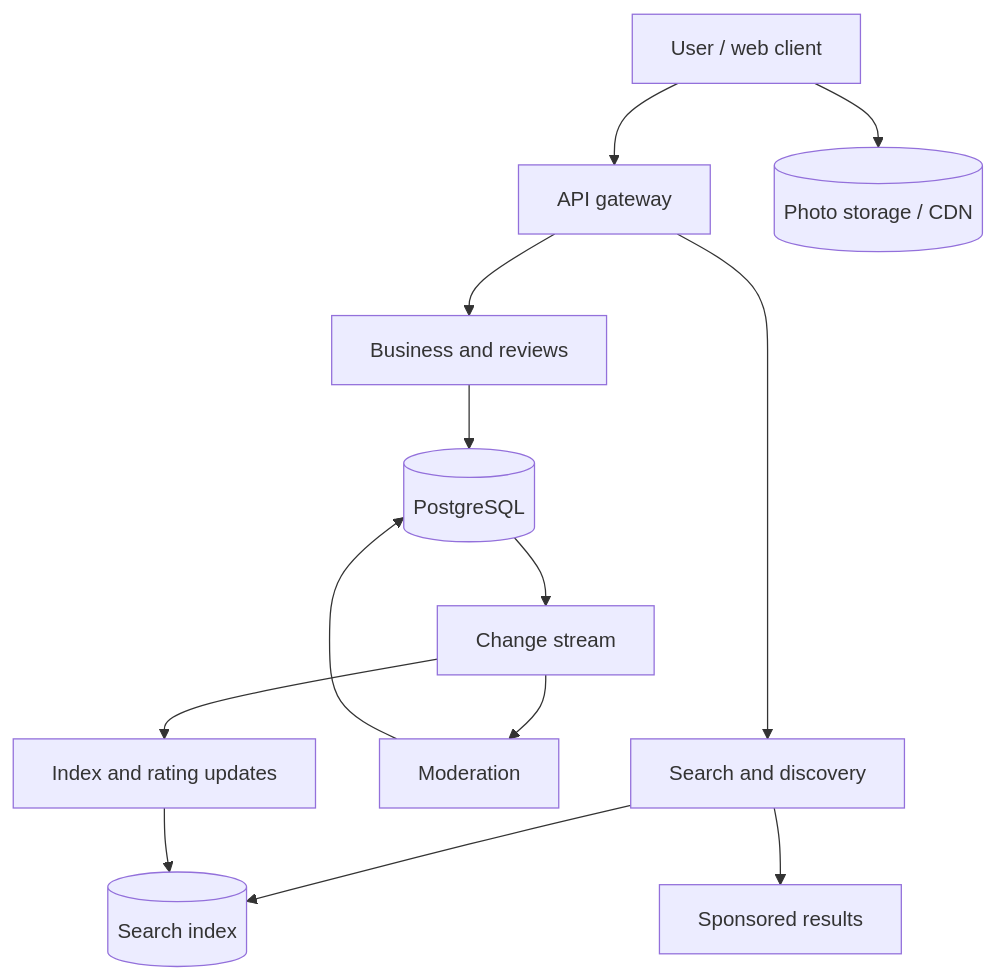
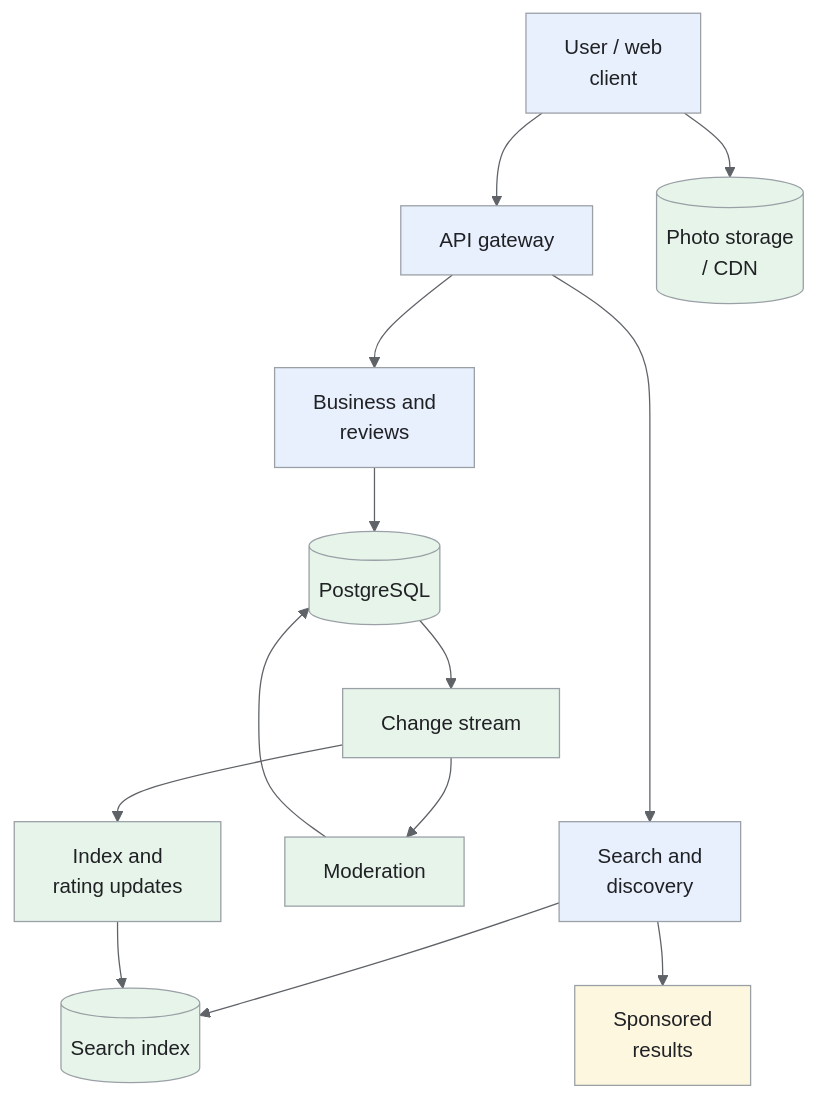
Before and after one commit to iliazlobin/iliazlobin.github.io: the first of 5 diagrams in _designs/yelp.md, drawn with Mermaid. The commit also changed other lines of this file and 131 other files, not shown here.

````diff
--- a/_designs/yelp.md
+++ b/_designs/yelp.md
@@ -138,15 +159,23 @@
 ```mermaid
+%%{init: {"theme":"base","themeVariables":{"primaryColor":"#e8f0fe","primaryBorderColor":"#9aa0a6","primaryTextColor":"#202124","secondaryColor":"#e6f4ea","tertiaryColor":"#fef7e0","lineColor":"#5f6368","actorBkg":"#e8f0fe","actorBorder":"#9aa0a6","actorTextColor":"#202124","noteBkgColor":"#fef7e0","noteBorderColor":"#9aa0a6","noteTextColor":"#202124","signalColor":"#5f6368","signalTextColor":"#202124"}}}%%
 flowchart TB
-  U["User / web client"] --> API["API gateway"]
-  API --> S["Search and discovery"]
-  API --> B["Business and reviews"]
+  U["User / web<br>client"] --> API["API gateway"]
+  API --> S["Search and<br>discovery"]
+  API --> B["Business and<br>reviews"]
   S --> IDX[("Search index")]
-  S --> ADS["Sponsored results"]
+  S --> ADS["Sponsored<br>results"]
   B --> PG[("PostgreSQL")]
-  U --> OBJ[("Photo storage / CDN")]
+  U --> OBJ[("Photo storage<br>/ CDN")]
   PG --> CDC["Change stream"]
   CDC --> MOD["Moderation"]
-  CDC --> IX["Index and rating updates"]
+  CDC --> IX["Index and<br>rating updates"]
   MOD --> PG
   IX --> IDX
+classDef request fill:#e8f0fe,stroke:#9aa0a6,color:#202124;
+classDef data fill:#e6f4ea,stroke:#9aa0a6,color:#202124;
+classDef control fill:#fef7e0,stroke:#9aa0a6,color:#202124;
+class U,API,S,B request;
+class IDX,PG,OBJ,CDC,MOD,IX data;
+class ADS control;
+
 ```
````
